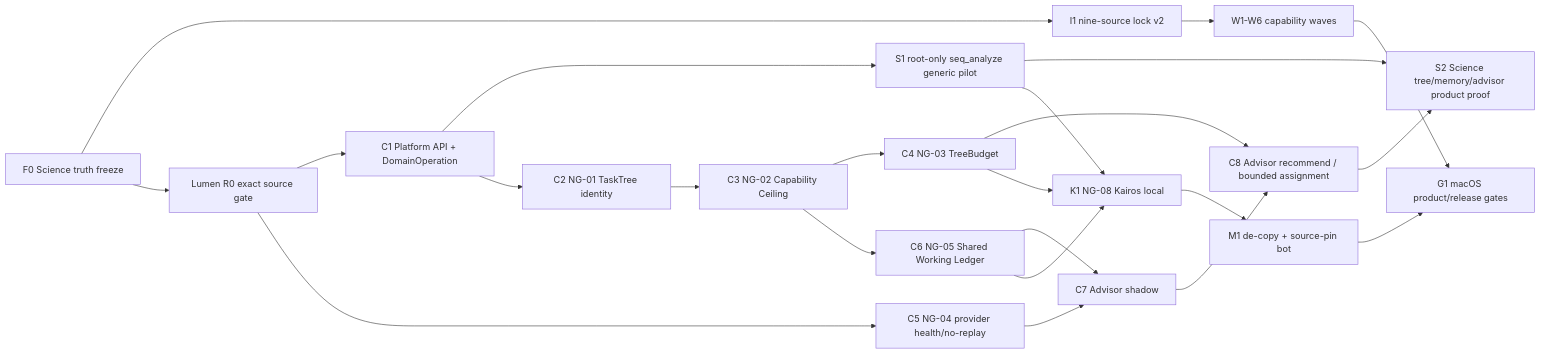
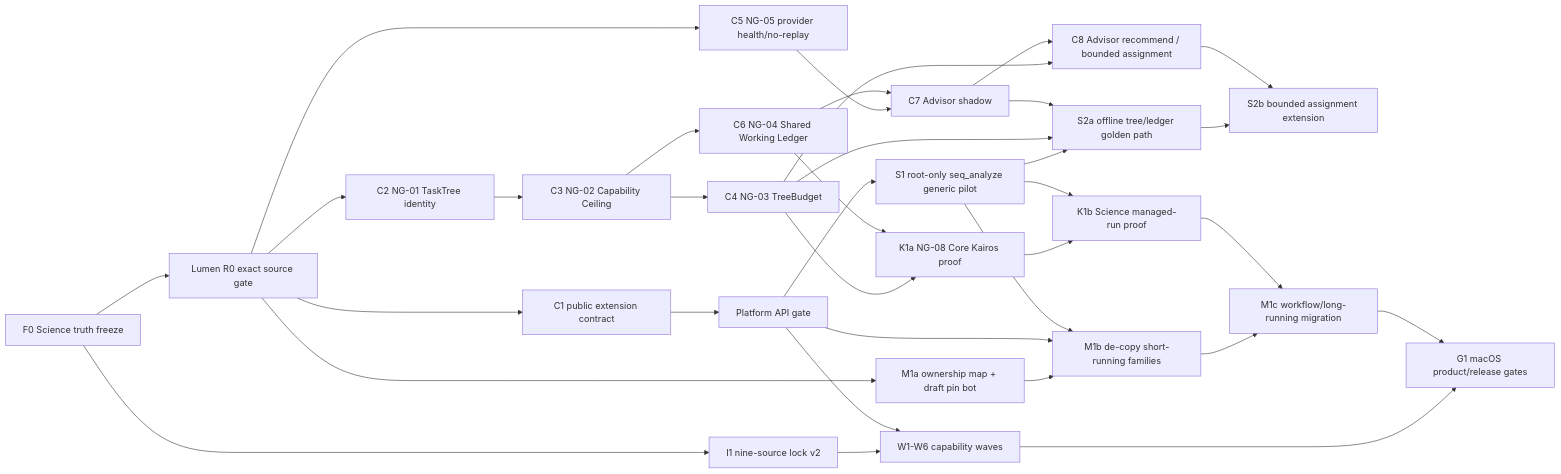
One commit to exergyleizhou-ux/lumen-science changed the second of 2 diagrams in docs/science/5.0/LUMEN_SCIENCE_NEXTGEN_FINAL_EXECUTION_BOOK_2026-08-01.md. Above: the diagram before and after it, drawn with Mermaid. The commit also changed other lines of this file, not shown here.

Commit message:
docs(science): align nextgen plan with lumen r0 gates

````diff
--- a/docs/science/5.0/LUMEN_SCIENCE_NEXTGEN_FINAL_EXECUTION_BOOK_2026-08-01.md
+++ b/docs/science/5.0/LUMEN_SCIENCE_NEXTGEN_FINAL_EXECUTION_BOOK_2026-08-01.md
@@ -202,25 +213,36 @@
 ```mermaid
 flowchart LR
   F0["F0 Science truth freeze"] --> I1["I1 nine-source lock v2"]
   F0 --> LR0["Lumen R0 exact source gate"]
-  LR0 --> C1["C1 Platform API + DomainOperation"]
-  C1 --> S1["S1 root-only seq_analyze generic pilot"]
-  C1 --> C2["C2 NG-01 TaskTree identity"]
+  LR0 --> C1["C1 public extension contract"]
+  C1 --> PAPI["Platform API gate"]
+  PAPI --> S1["S1 root-only seq_analyze generic pilot"]
+  LR0 --> C2["C2 NG-01 TaskTree identity"]
   C2 --> C3["C3 NG-02 Capability Ceiling"]
   C3 --> C4["C4 NG-03 TreeBudget"]
-  LR0 --> C5["C5 NG-04 provider health/no-replay"]
-  C3 --> C6["C6 NG-05 Shared Working Ledger"]
+  LR0 --> C5["C5 NG-05 provider health/no-replay"]
+  C3 --> C6["C6 NG-04 Shared Working Ledger"]
   C5 --> C7["C7 Advisor shadow"]
   C6 --> C7
   C4 --> C8["C8 Advisor recommend / bounded assignment"]
   C7 --> C8
-  C4 --> K1["K1 NG-08 Kairos local"]
-  C6 --> K1
-  S1 --> S2["S2 Science tree/memory/advisor product proof"]
-  C8 --> S2
+  C4 --> K1A["K1a NG-08 Core Kairos proof"]
+  C6 --> K1A
+  K1A --> K1B["K1b Science managed-run proof"]
+  S1 --> K1B
+  S1 --> S2A["S2a offline tree/ledger golden path"]
+  C4 --> S2A
+  C7 --> S2A
+  S2A --> S2B["S2b bounded assignment extension"]
+  C8 --> S2B
   I1 --> W1["W1-W6 capability waves"]
-  S1 --> K1
-  K1 --> M1["M1 de-copy + source-pin bot"]
+  PAPI --> W1
+  LR0 --> M1A["M1a ownership map + draft pin bot"]
+  M1A --> M1B["M1b de-copy short-running families"]
+  PAPI --> M1B
+  S1 --> M1B
+  M1B --> M1C["M1c workflow/long-running migration"]
+  K1B --> M1C
   W1 --> G1["G1 macOS product/release gates"]
-  M1 --> G1
+  M1C --> G1
 ```
````
